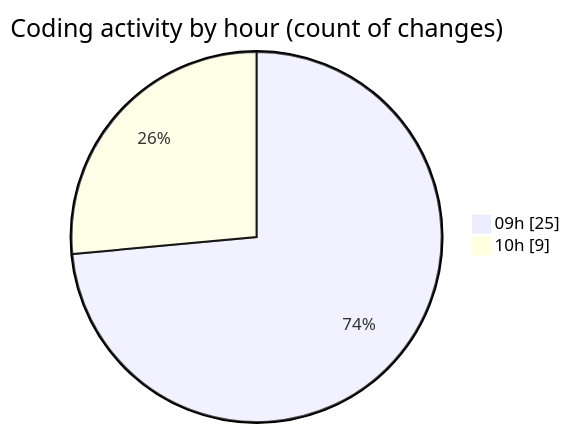
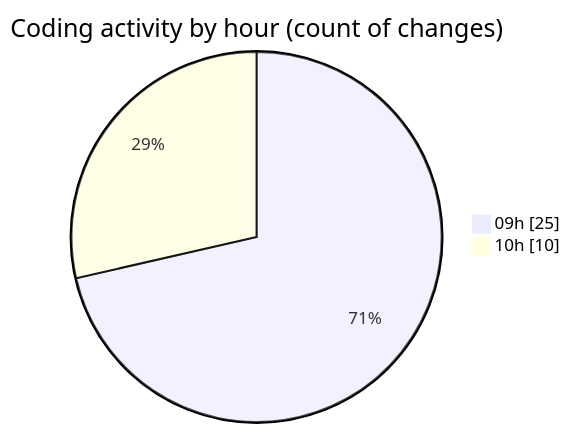
One commit to momahboobian/code-tracking changed the second of 2 diagrams in 2025-05-07/cda/README.md. Above: the diagram before and after it, drawn with Mermaid. The commit also changed other lines of this file and 1 other file, not shown here.

````diff
--- a/2025-05-07/cda/README.md
+++ b/2025-05-07/cda/README.md
@@ -49,6 +50,6 @@
 ```mermaid
 pie showData
 title Coding activity by hour (count of changes)
 "09h" : 25
-"10h" : 9
+"10h" : 10
 ```
````
